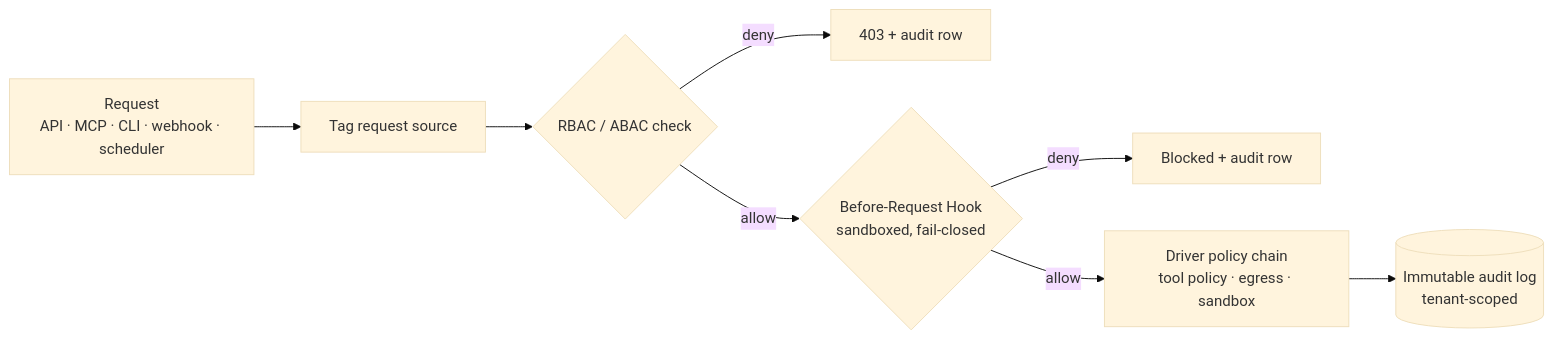
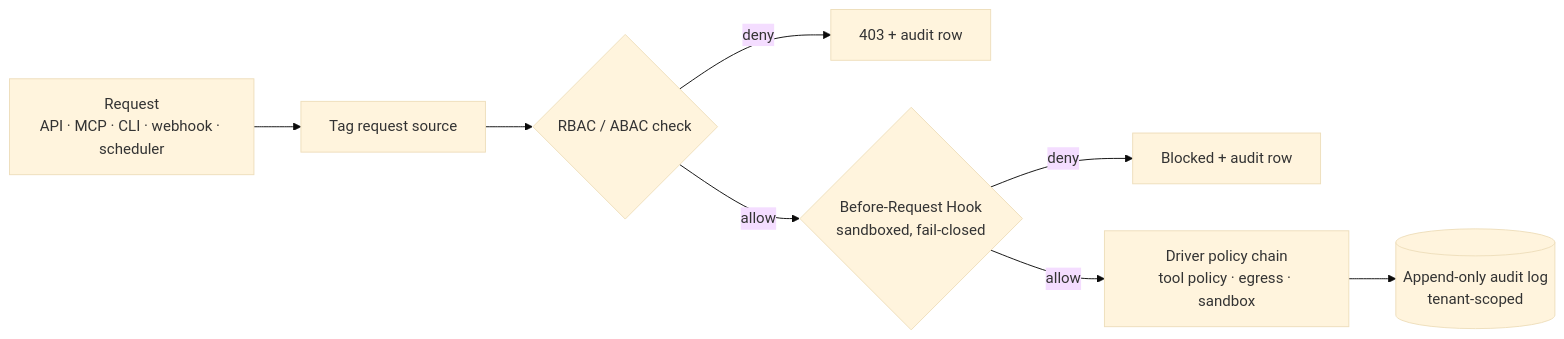
Before and after one commit to MikeBild/subkit: the first of 2 diagrams in docs/concepts/governance-and-audit.md, drawn with Mermaid (base theme). The commit also changed other lines of this file and 65 other files, not shown here.

````diff
--- a/docs/concepts/governance-and-audit.md
+++ b/docs/concepts/governance-and-audit.md
@@ -18,10 +18,10 @@
 ```mermaid
 flowchart LR
     R[Request<br/>API · MCP · CLI · webhook · scheduler] --> RS[Tag request source]
     RS --> RBAC{RBAC / ABAC check}
     RBAC -->|deny| D1[403 + audit row]
     RBAC -->|allow| HOOK{Before-Request Hook<br/>sandboxed, fail-closed}
     HOOK -->|deny| D2[Blocked + audit row]
     HOOK -->|allow| DRV[Driver policy chain<br/>tool policy · egress · sandbox]
-    DRV --> AUD[(Immutable audit log<br/>tenant-scoped)]
+    DRV --> AUD[(Append-only audit log<br/>tenant-scoped)]
 ```
````
